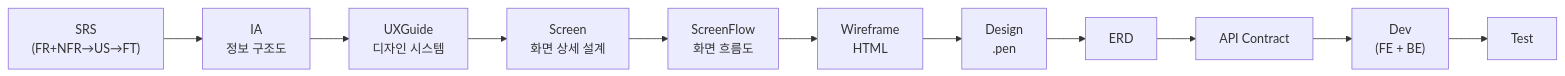
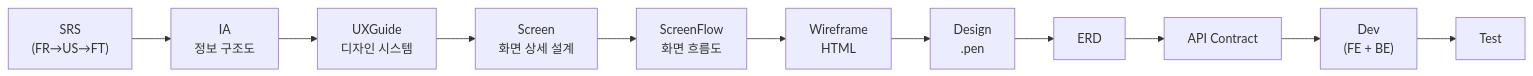
Before and after one commit to upleat-ax/u-maker-plugin: the fifth of 5 diagrams in README.md, drawn with Mermaid. The commit also changed other lines of this file and 18 other files, not shown here.

````diff
--- a/README.md
+++ b/README.md
@@ -335,13 +336,13 @@
 ```mermaid
 flowchart LR
-    SRS["SRS<br/>(FR+NFR→US→FT)"] --> IA["IA<br/>정보 구조도"]
+    SRS["SRS<br/>(FR→US→FT)"] --> IA["IA<br/>정보 구조도"]
     IA --> UXGuide["UXGuide<br/>디자인 시스템"]
     UXGuide --> Screen["Screen<br/>화면 상세 설계"]
     Screen --> ScreenFlow["ScreenFlow<br/>화면 흐름도"]
     ScreenFlow --> Wireframe["Wireframe<br/>HTML"]
     Wireframe --> Design["Design<br/>.pen"]
     Design --> ERD
     ERD --> API["API Contract"]
     API --> Dev["Dev<br/>(FE + BE)"]
     Dev --> Test
 ```
````
